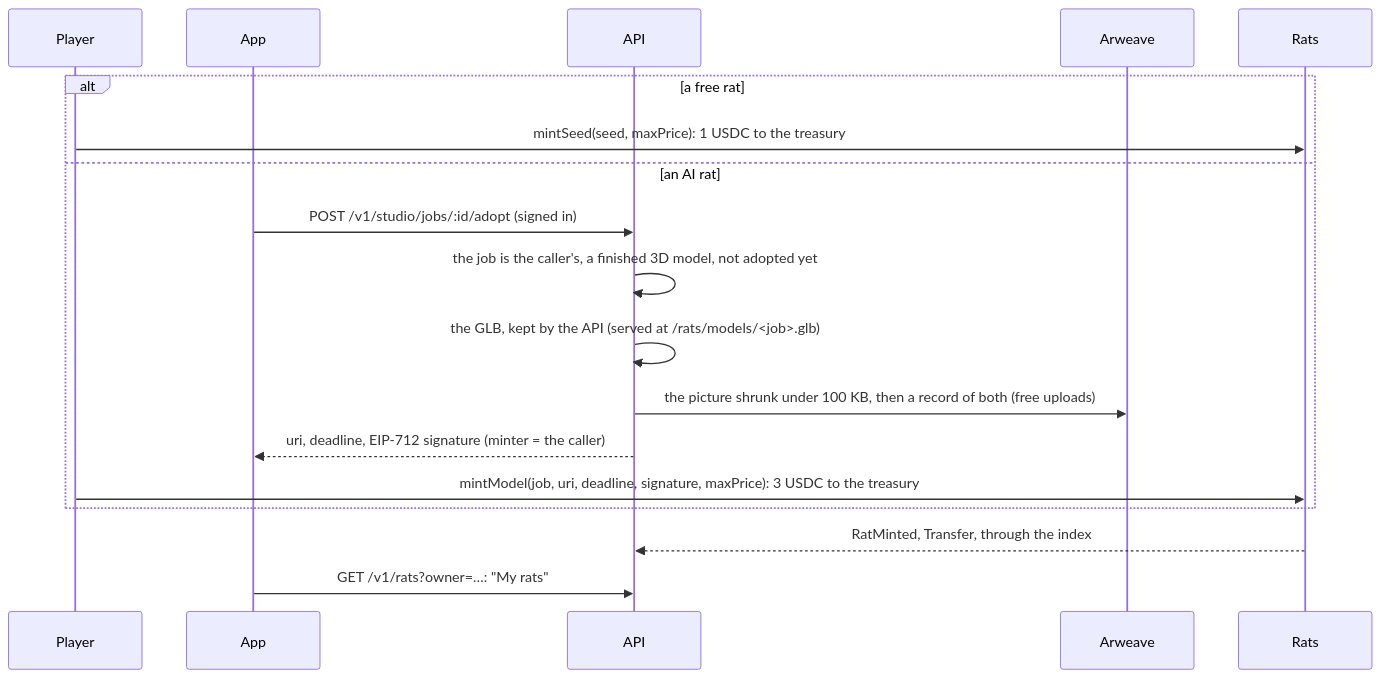
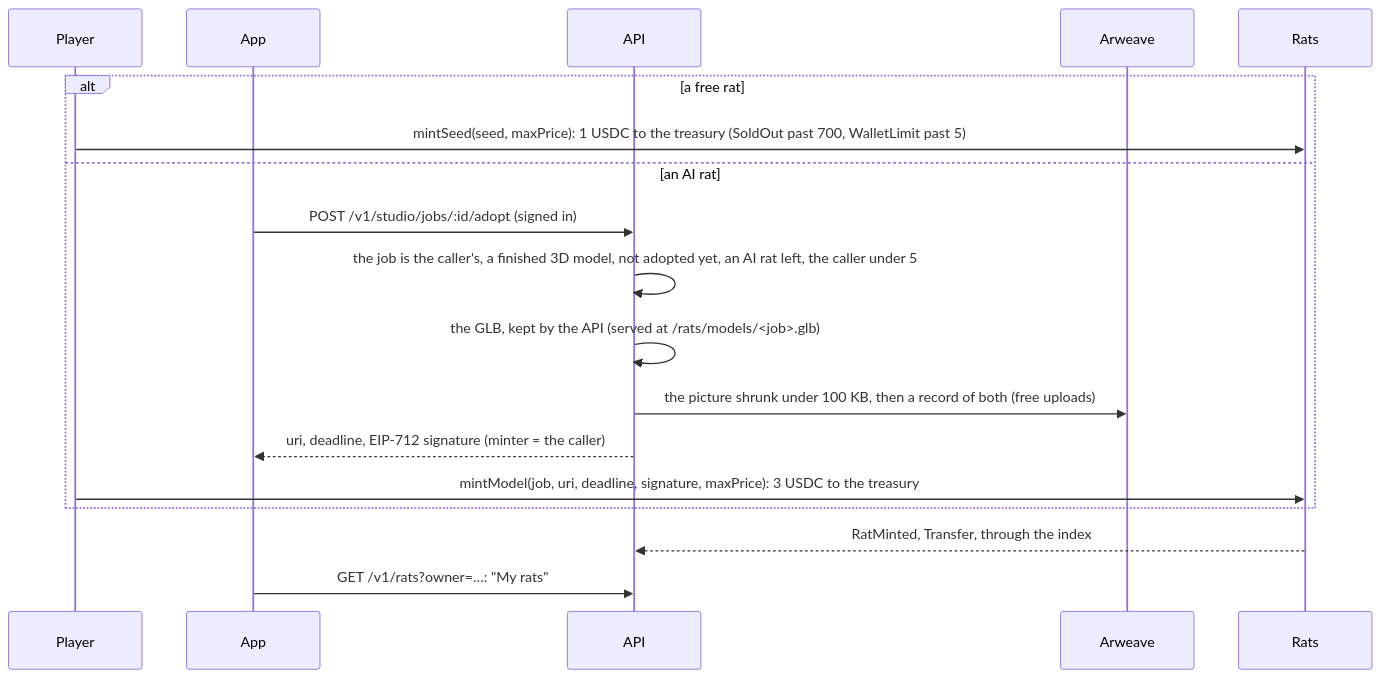
Diagram 20 of 28 in docs/FLOWS.md (jecombe/do_not_open), drawn with Mermaid before and after one commit. The commit also changed other lines of this file and 45 other files, not shown here.

````diff
--- a/docs/FLOWS.md
+++ b/docs/FLOWS.md
@@ -674,20 +680,20 @@
 ```mermaid
 sequenceDiagram
   participant U as Player
   participant App
   participant API
   participant AR as Arweave
   participant R as Rats
   alt a free rat
-    U->>R: mintSeed(seed, maxPrice): 1 USDC to the treasury
+    U->>R: mintSeed(seed, maxPrice): 1 USDC to the treasury (SoldOut past 700, WalletLimit past 5)
   else an AI rat
     App->>API: POST /v1/studio/jobs/:id/adopt (signed in)
-    API->>API: the job is the caller's, a finished 3D model, not adopted yet
+    API->>API: the job is the caller's, a finished 3D model, not adopted yet, an AI rat left, the caller under 5
     API->>API: the GLB, kept by the API (served at /rats/models/<job>.glb)
     API->>AR: the picture shrunk under 100 KB, then a record of both (free uploads)
     API-->>App: uri, deadline, EIP-712 signature (minter = the caller)
     U->>R: mintModel(job, uri, deadline, signature, maxPrice): 3 USDC to the treasury
   end
   R-->>API: RatMinted, Transfer, through the index
   App->>API: GET /v1/rats?owner=…: "My rats"
 ```
````
